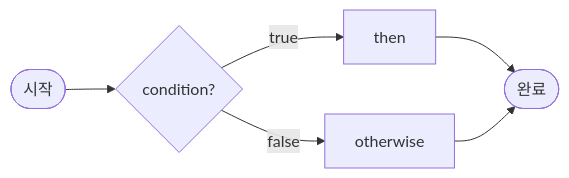
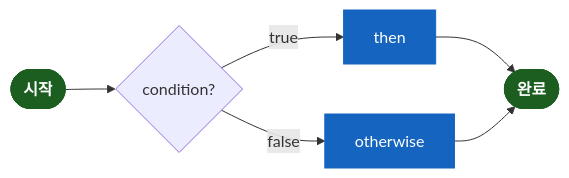
Before and after one commit to bluetape4k/bluetape4k-projects: the sixth of 8 diagrams in utils/workflow/README.ko.md, drawn with Mermaid. The commit also changed other lines of this file and 221 other files, not shown here.

First line of the commit message:
docs: 전체 모듈 README UML 다이어그램 보강 및 색상 업그레이드

````diff
--- a/utils/workflow/README.ko.md
+++ b/utils/workflow/README.ko.md
@@ -215,8 +250,14 @@
 ```mermaid
 flowchart LR
     S([시작]) --> C{condition?}
     C -->|true| T[then]
     C -->|false| O[otherwise]
     T --> E([완료])
     O --> E
+
+    classDef coreStyle fill:#1B5E20,stroke:#1B5E20,color:#FFFFFF,font-weight:bold
+    classDef serviceStyle fill:#1565C0,stroke:#1565C0,color:#FFFFFF
+
+    class T,O serviceStyle
+    class S,E coreStyle
 ```
````
